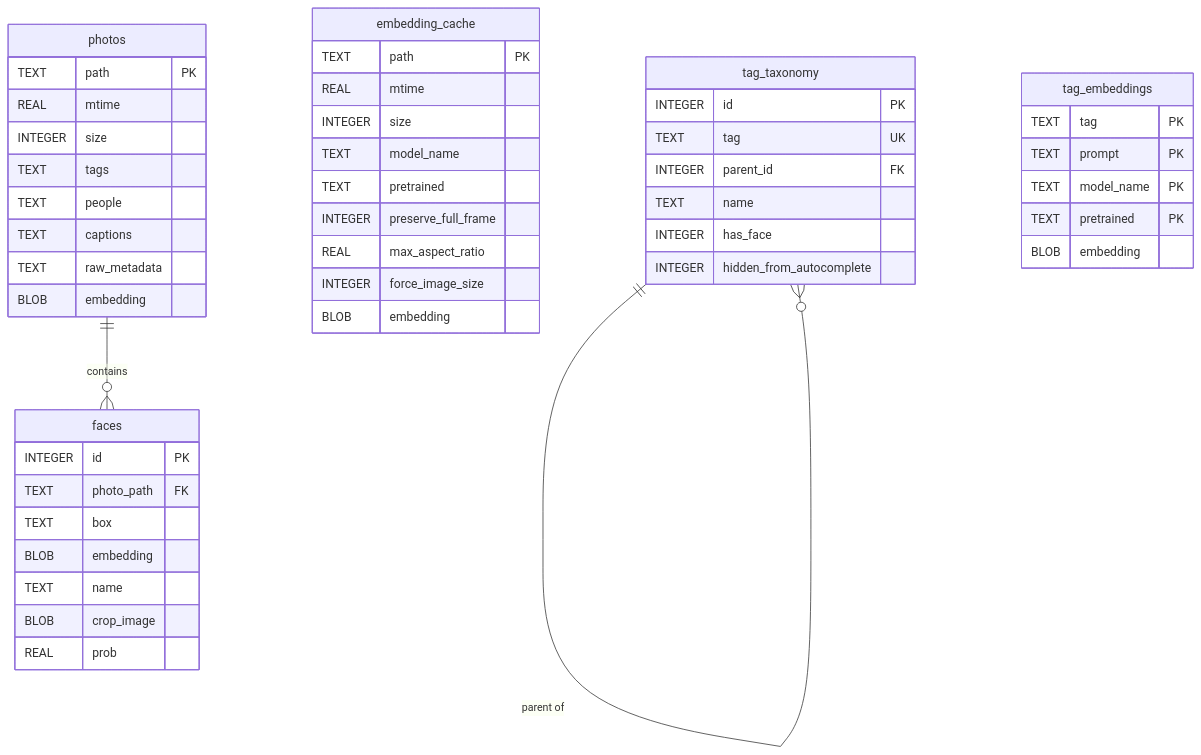
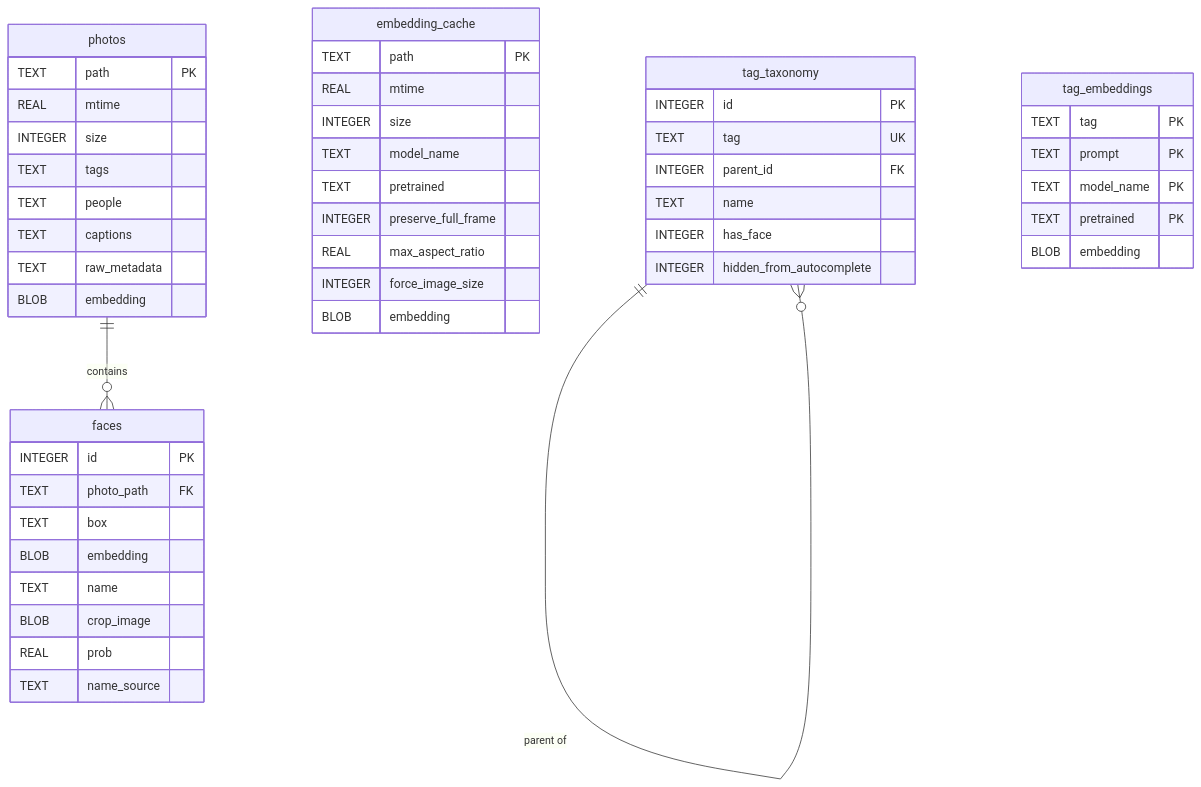
One commit to Wizoi/TagPup changed the first of 2 diagrams in DATABASE.md. Above: the diagram before and after it, drawn with Mermaid. The commit also changed other lines of this file and 6 other files, not shown here.

````diff
--- a/DATABASE.md
+++ b/DATABASE.md
@@ -86,55 +87,56 @@
 ```mermaid
 erDiagram
     photos {
         TEXT path PK
         REAL mtime
         INTEGER size
         TEXT tags
         TEXT people
         TEXT captions
         TEXT raw_metadata
         BLOB embedding
     }
     
     faces {
         INTEGER id PK
         TEXT photo_path FK
         TEXT box
         BLOB embedding
         TEXT name
         BLOB crop_image
         REAL prob
+        TEXT name_source
     }
     
     embedding_cache {
         TEXT path PK
         REAL mtime
         INTEGER size
         TEXT model_name
         TEXT pretrained
         INTEGER preserve_full_frame
         REAL max_aspect_ratio
         INTEGER force_image_size
         BLOB embedding
     }
 
     tag_taxonomy {
         INTEGER id PK
         TEXT tag UK
         INTEGER parent_id FK
         TEXT name
         INTEGER has_face
         INTEGER hidden_from_autocomplete
     }
 
     tag_embeddings {
         TEXT tag PK
         TEXT prompt PK
         TEXT model_name PK
         TEXT pretrained PK
         BLOB embedding
     }
 
     photos ||--o{ faces : "contains"
     tag_taxonomy ||--o{ tag_taxonomy : "parent of"
 ```
````
